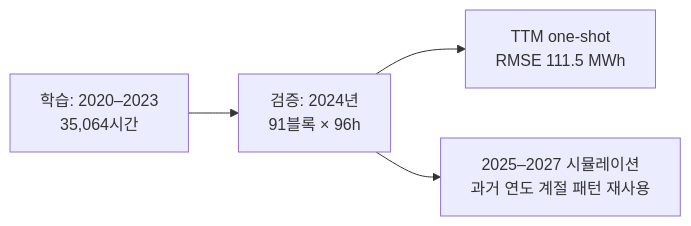
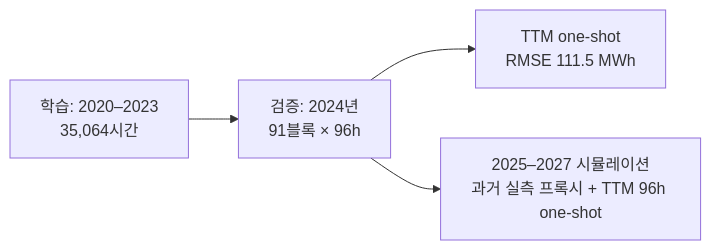
Before and after one commit to Kyle-Riss/granite-tsfm: the third of 4 diagrams in README.ko.md, drawn with Mermaid. The commit also changed other lines of this file and 30 other files, not shown here.

First line of the commit message:
Add TTM 96h demo with year-differentiated future proxy and repo docs.

````diff
--- a/README.ko.md
+++ b/README.ko.md
@@ -115,6 +115,6 @@
 ```mermaid
 flowchart LR
     TRAIN["학습: 2020–2023<br/>35,064시간"] --> TEST["검증: 2024년<br/>91블록 × 96h"]
     TEST --> METRIC["TTM one-shot<br/>RMSE 111.5 MWh"]
-    TEST --> FUTURE["2025–2027 시뮬레이션<br/>과거 연도 계절 패턴 재사용"]
+    TEST --> FUTURE["2025–2027 시뮬레이션<br/>과거 실측 프록시 + TTM 96h one-shot"]
 ```
````
